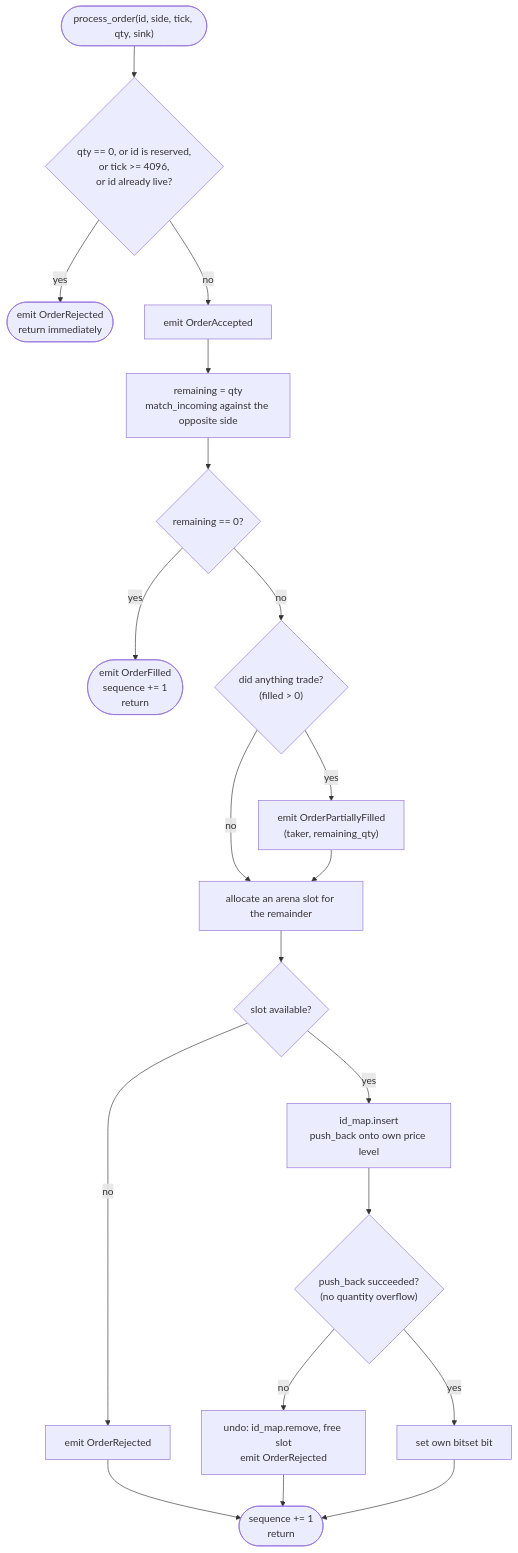
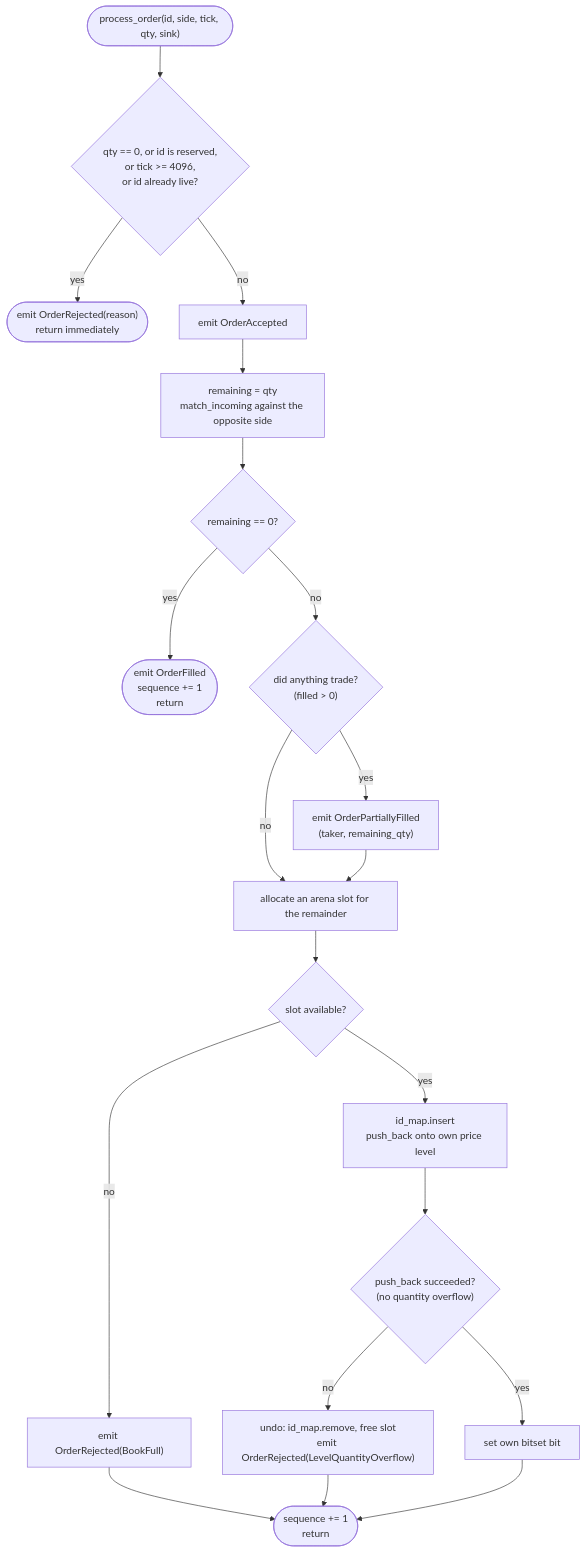
One commit to daohainam/rust-matching-engine changed the first of 2 diagrams in docs/06-matching-algorithm.md. Above: the diagram before and after it, drawn with Mermaid. The commit also changed other lines of this file, not shown here.

````diff
--- a/docs/06-matching-algorithm.md
+++ b/docs/06-matching-algorithm.md
@@ -43,22 +43,22 @@
 ```mermaid
 flowchart TD
     A(["process_order(id, side, tick, qty, sink)"]) --> B{"qty == 0, or id is reserved,<br/>or tick >= 4096,<br/>or id already live?"}
-    B -- yes --> R(["emit OrderRejected<br/>return immediately"])
+    B -- yes --> R(["emit OrderRejected(reason)<br/>return immediately"])
     B -- no --> C["emit OrderAccepted"]
     C --> D["remaining = qty<br/>match_incoming against the opposite side"]
     D --> E{"remaining == 0?"}
     E -- yes --> F(["emit OrderFilled<br/>sequence += 1<br/>return"])
     E -- no --> G{"did anything trade?<br/>(filled > 0)"}
     G -- yes --> H["emit OrderPartiallyFilled<br/>(taker, remaining_qty)"]
     G -- no --> I
     H --> I["allocate an arena slot for the remainder"]
     I --> J{"slot available?"}
-    J -- no --> K["emit OrderRejected"]
+    J -- no --> K["emit OrderRejected(BookFull)"]
     J -- yes --> L["id_map.insert<br/>push_back onto own price level"]
     L --> M{"push_back succeeded?<br/>(no quantity overflow)"}
-    M -- no --> N["undo: id_map.remove, free slot<br/>emit OrderRejected"]
+    M -- no --> N["undo: id_map.remove, free slot<br/>emit OrderRejected(LevelQuantityOverflow)"]
     M -- yes --> O["set own bitset bit"]
     K --> P(["sequence += 1<br/>return"])
     N --> P
     O --> P
 ```
````
